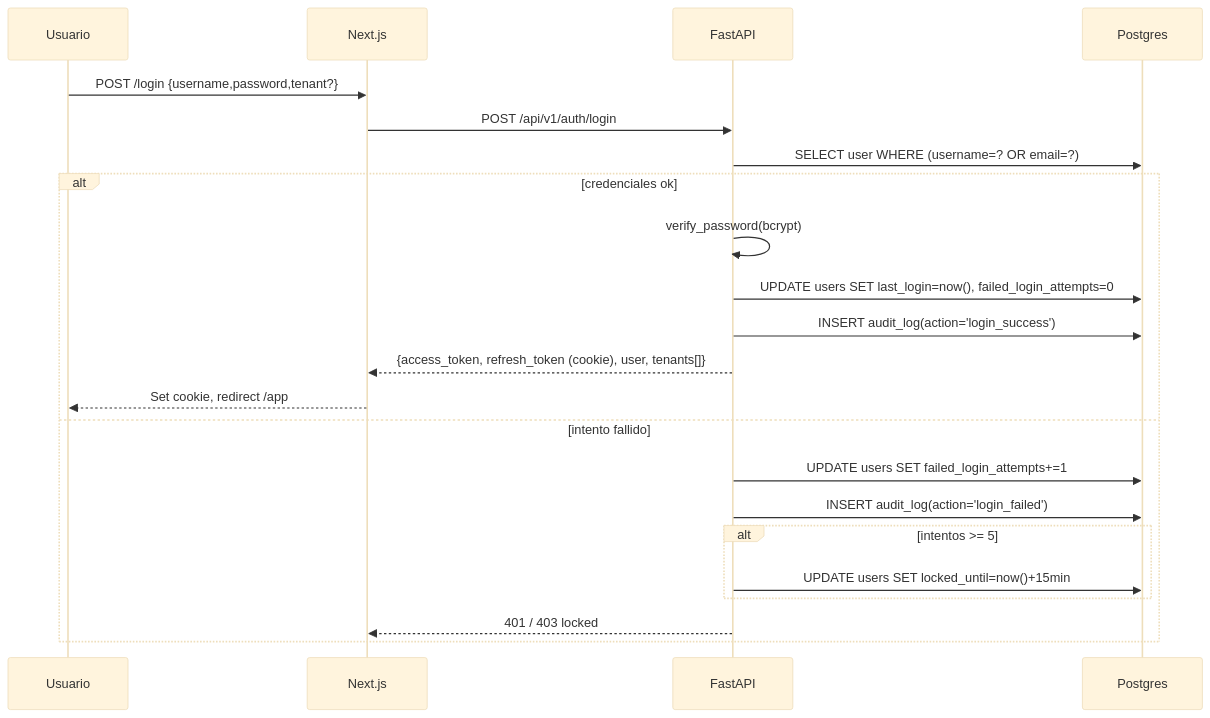
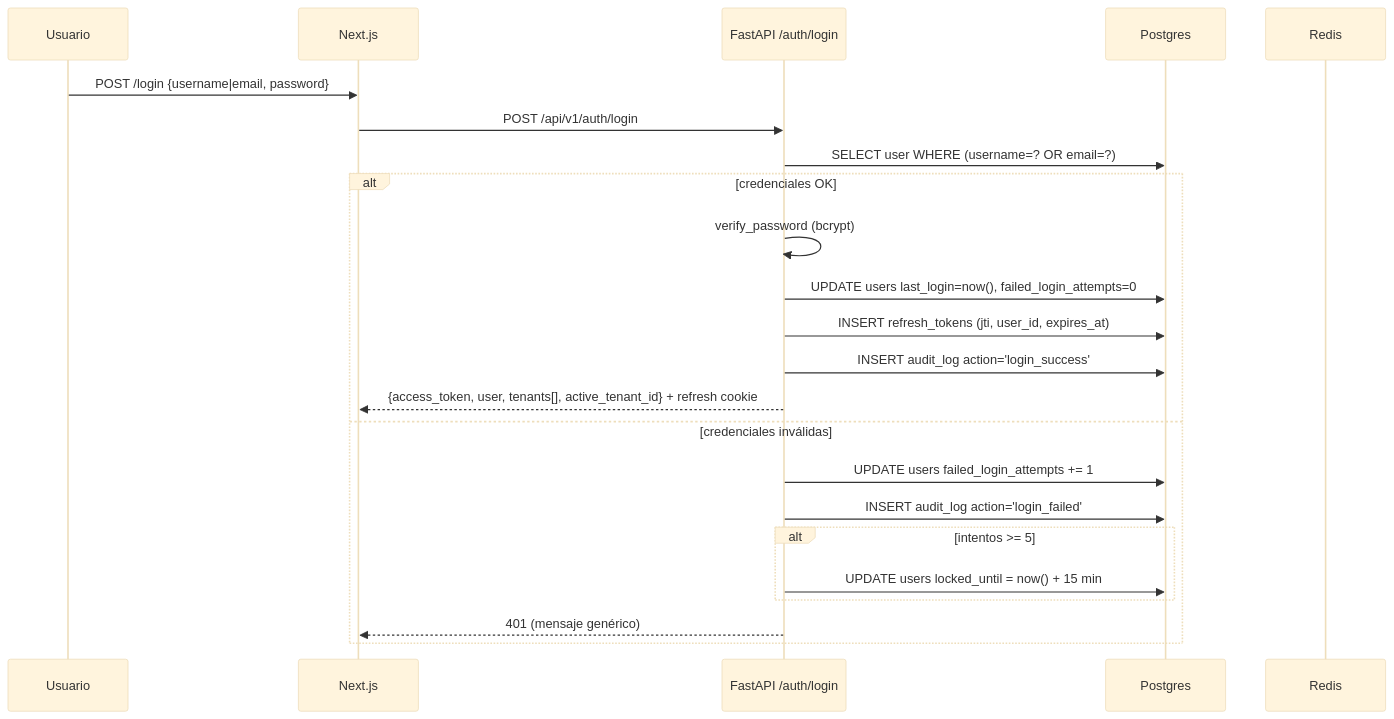
One commit to xguilxr/pmo_aas changed the diagram in docs/architecture/security-multitenant.md. Above: the diagram before and after it, drawn with Mermaid (base theme). The commit also changed other lines of this file and 6 other files, not shown here.

First line of the commit message:
docs(arch): reescribe architecture/ contra código real

````diff
--- a/docs/architecture/security-multitenant.md
+++ b/docs/architecture/security-multitenant.md
@@ -24,25 +30,26 @@
 ```mermaid
 sequenceDiagram
     participant U as Usuario
     participant W as Next.js
-    participant A as FastAPI
+    participant A as FastAPI /auth/login
     participant D as Postgres
+    participant R as Redis
 
-    U->>W: POST /login {username,password,tenant?}
+    U->>W: POST /login {username|email, password}
     W->>A: POST /api/v1/auth/login
     A->>D: SELECT user WHERE (username=? OR email=?)
-    alt credenciales ok
-        A->>A: verify_password(bcrypt)
-        A->>D: UPDATE users SET last_login=now(), failed_login_attempts=0
-        A->>D: INSERT audit_log(action='login_success')
-        A-->>W: {access_token, refresh_token (cookie), user, tenants[]}
-        W-->>U: Set cookie, redirect /app
-    else intento fallido
-        A->>D: UPDATE users SET failed_login_attempts+=1
-        A->>D: INSERT audit_log(action='login_failed')
+    alt credenciales OK
+        A->>A: verify_password (bcrypt)
+        A->>D: UPDATE users last_login=now(), failed_login_attempts=0
+        A->>D: INSERT refresh_tokens (jti, user_id, expires_at)
+        A->>D: INSERT audit_log action='login_success'
+        A-->>W: {access_token, user, tenants[], active_tenant_id} + refresh cookie
+    else credenciales inválidas
+        A->>D: UPDATE users failed_login_attempts += 1
+        A->>D: INSERT audit_log action='login_failed'
         alt intentos >= 5
-            A->>D: UPDATE users SET locked_until=now()+15min
+            A->>D: UPDATE users locked_until = now() + 15 min
         end
-        A-->>W: 401 / 403 locked
+        A-->>W: 401 (mensaje genérico)
     end
 ```
````
